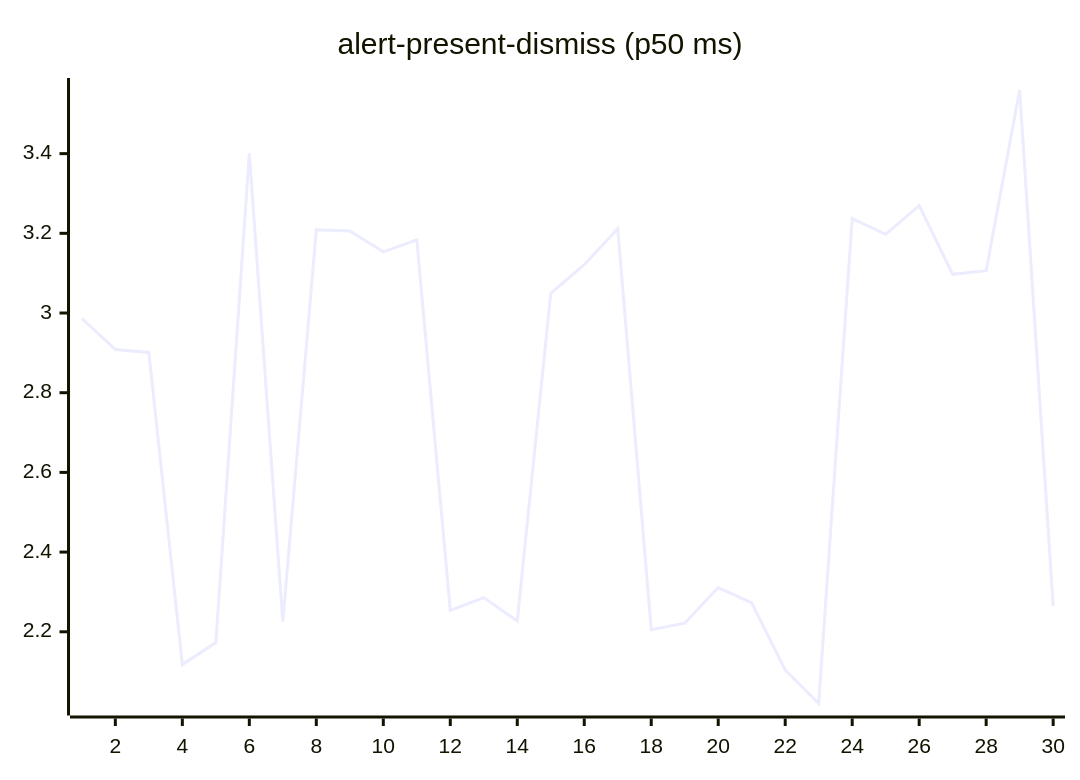
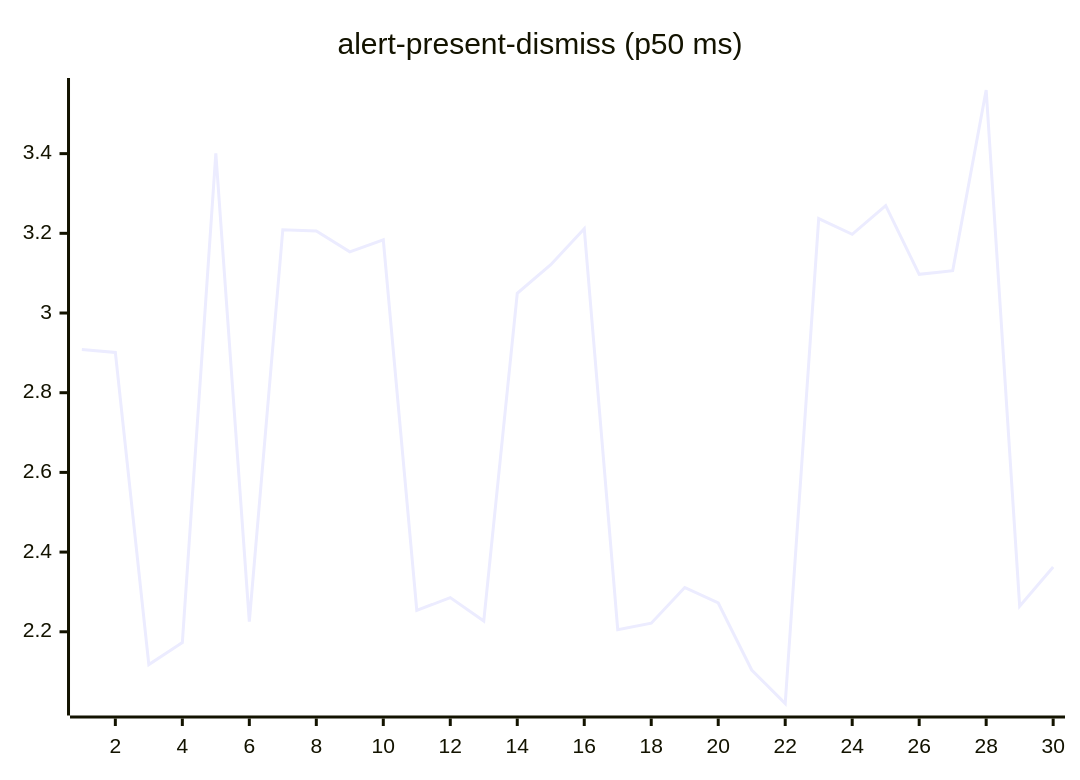
Before and after one commit to josha/Facet: the second of 27 diagrams in README.md, drawn with Mermaid. The commit also changed other lines of this file and 2 other files, not shown here.

````diff
--- a/README.md
+++ b/README.md
@@ -70,6 +70,6 @@
 ```mermaid
 xychart-beta
     title "alert-present-dismiss (p50 ms)"
     x-axis 1 --> 30
-    line [2.9862, 2.9085, 2.9011, 2.1177, 2.1729, 3.4006, 2.2253, 3.2090, 3.2058, 3.1536, 3.1837, 2.2536, 2.2857, 2.2272, 3.0496, 3.1212, 3.2117, 2.2054, 2.2216, 2.3109, 2.2722, 2.1040, 2.0200, 3.2371, 3.1976, 3.2697, 3.0970, 3.1061, 3.5597, 2.2642]
+    line [2.9085, 2.9011, 2.1177, 2.1729, 3.4006, 2.2253, 3.2090, 3.2058, 3.1536, 3.1837, 2.2536, 2.2857, 2.2272, 3.0496, 3.1212, 3.2117, 2.2054, 2.2216, 2.3109, 2.2722, 2.1040, 2.0200, 3.2371, 3.1976, 3.2697, 3.0970, 3.1061, 3.5597, 2.2642, 2.3626]
 ```
````
